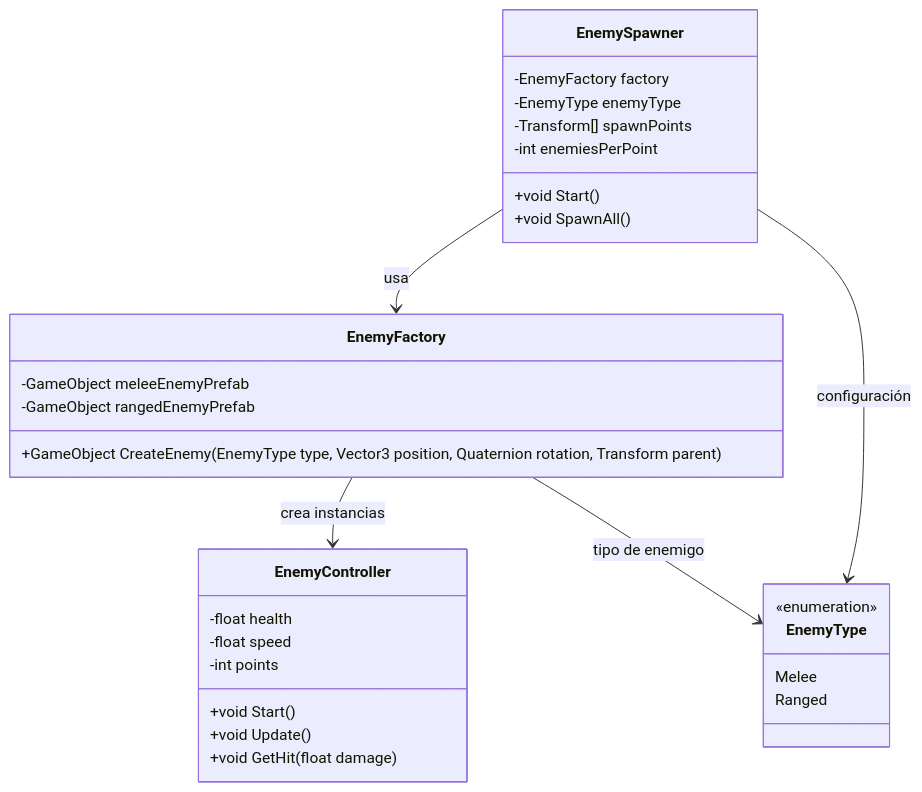
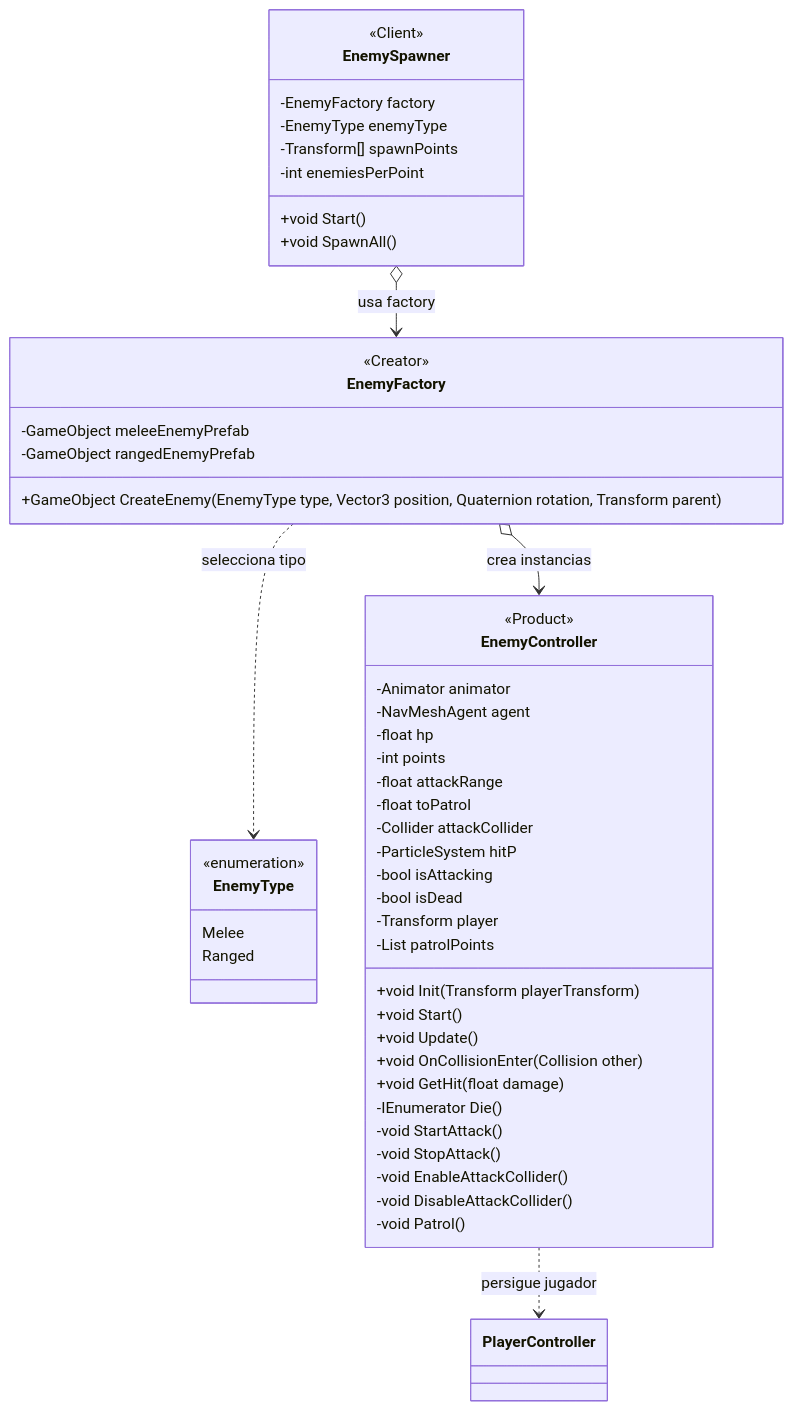
The fourth of 6 diagrams in README.md (darwok/TheNewFrontier), drawn with Mermaid before and after one commit. The commit also changed other lines of this file, not shown here.

````diff
--- a/README.md
+++ b/README.md
@@ -272,37 +308,59 @@
 ```mermaid
 classDiagram
+direction TB
+
+class EnemyType {
+  <<enumeration>>
+  Melee
+  Ranged
+}
+
+class EnemyController {
+  <<Product>>
+  -Animator animator
+  -NavMeshAgent agent
+  -float hp
+  -int points
+  -float attackRange
+  -float toPatrol
+  -Collider attackCollider
+  -ParticleSystem hitP
+  -bool isAttacking
+  -bool isDead
+  -Transform player
+  -List<Transform> patrolPoints
+  +void Init(Transform playerTransform)
+  +void Start()
+  +void Update()
+  +void OnCollisionEnter(Collision other)
+  +void GetHit(float damage)
+  -IEnumerator Die()
+  -void StartAttack()
+  -void StopAttack()
+  -void EnableAttackCollider()
+  -void DisableAttackCollider()
+  -void Patrol()
+}
+
 class EnemyFactory {
+  <<Creator>>
   -GameObject meleeEnemyPrefab
   -GameObject rangedEnemyPrefab
   +GameObject CreateEnemy(EnemyType type, Vector3 position, Quaternion rotation, Transform parent)
 }
 
 class EnemySpawner {
+  <<Client>>
   -EnemyFactory factory
   -EnemyType enemyType
   -Transform[] spawnPoints
   -int enemiesPerPoint
   +void Start()
   +void SpawnAll()
 }
 
-class EnemyController {
-  -float health
-  -float speed
-  -int points
-  +void Start()
-  +void Update()
-  +void GetHit(float damage)
-}
-
-class EnemyType {
-  <<enumeration>>
-  Melee
-  Ranged
-}
-
-EnemySpawner --> EnemyFactory : usa
-EnemyFactory --> EnemyController : crea instancias
-EnemyFactory --> EnemyType : tipo de enemigo
-EnemySpawner --> EnemyType : configuración
+EnemySpawner o--> EnemyFactory : usa factory
+EnemyFactory o--> EnemyController : crea instancias
+EnemyFactory ..> EnemyType : selecciona tipo
+EnemyController ..> PlayerController : persigue jugador
 ```
````
